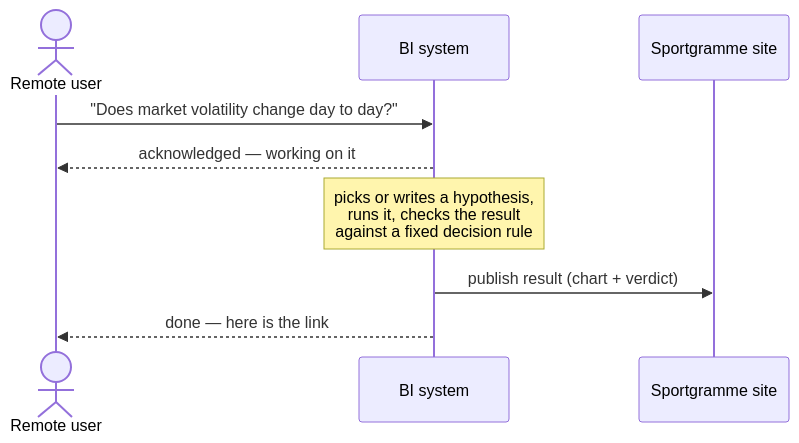
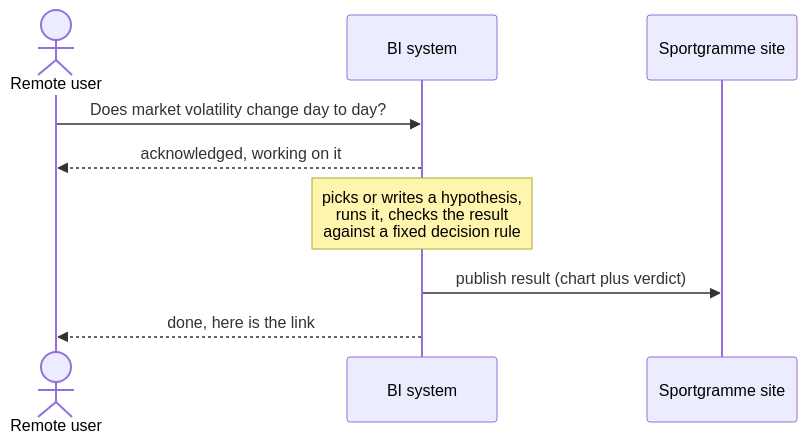
Before and after one commit to sportgramme/.github: the third of 5 diagrams in Business Intelligence/README.md, drawn with Mermaid. The commit also changed other lines of this file, not shown here.

Commit message:
Fix mermaid: three-tier diagram (drop HTML entities, use 'subgraph id [title]' form; clean edge-label syntax)

````diff
--- a/Business Intelligence/README.md
+++ b/Business Intelligence/README.md
@@ -60,11 +60,11 @@
 ```mermaid
 sequenceDiagram
     actor User as Remote user
     participant BI as BI system
     participant Site as Sportgramme site
-    User->>BI: "Does market volatility change day to day?"
-    BI-->>User: acknowledged — working on it
+    User->>BI: Does market volatility change day to day?
+    BI-->>User: acknowledged, working on it
     Note over BI: picks or writes a hypothesis,<br/>runs it, checks the result<br/>against a fixed decision rule
-    BI->>Site: publish result (chart + verdict)
-    BI-->>User: done — here is the link
+    BI->>Site: publish result (chart plus verdict)
+    BI-->>User: done, here is the link
 ```
````
